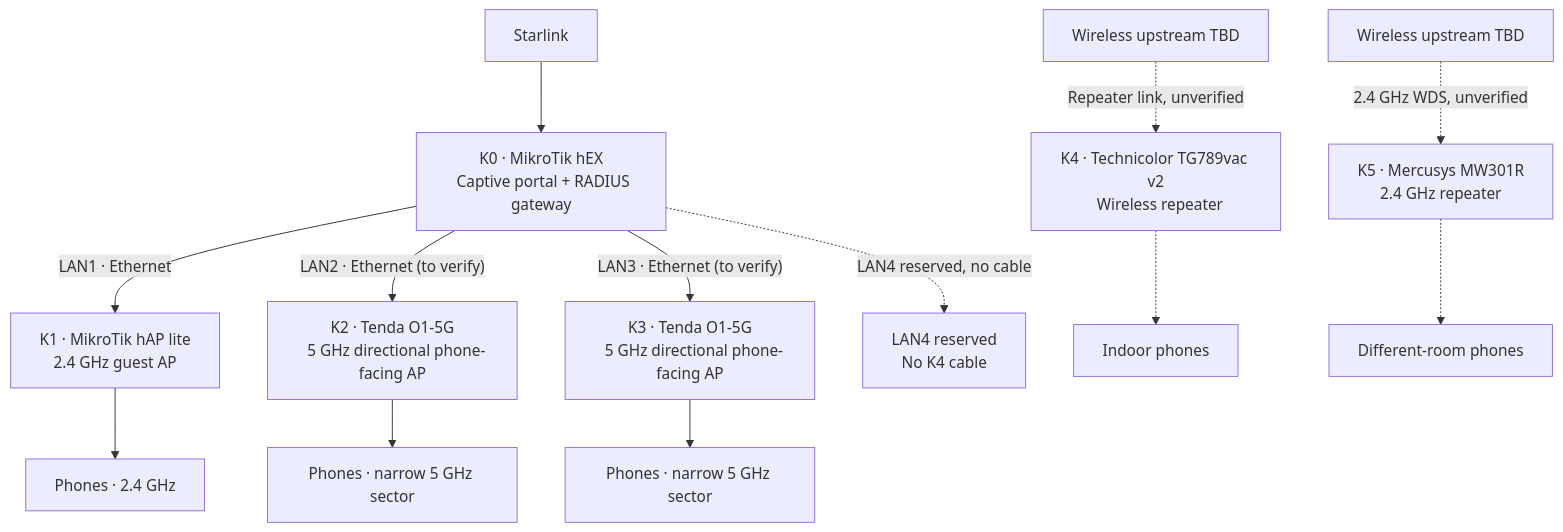
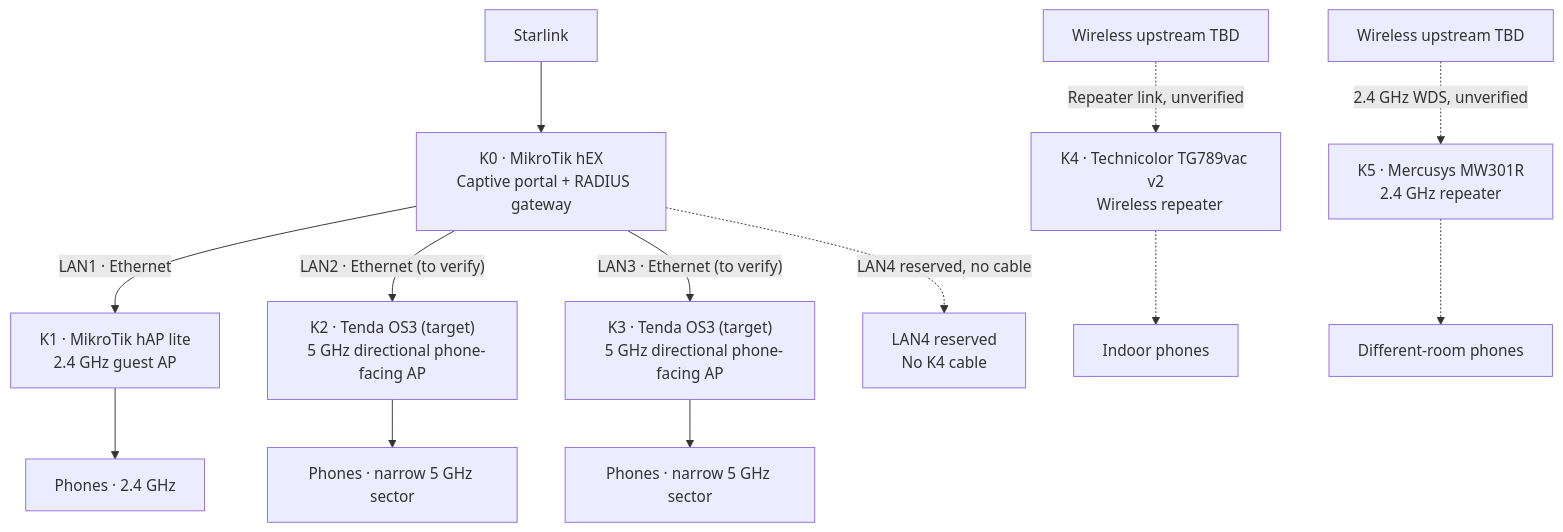
One commit to DruHustle/pasofi changed the first of 2 diagrams in pasofi-backend/pasofi-routeros/commissioning/ARCHITECTURE_2026-11-17.md. Above: the diagram before and after it, drawn with Mermaid. The commit also changed other lines of this file, not shown here.

Commit message:
Set OS3 directional K2/K3 target and O1-5G Goromonzi bridge target while preserving live link

````diff
--- a/pasofi-backend/pasofi-routeros/commissioning/ARCHITECTURE_2026-11-17.md
+++ b/pasofi-backend/pasofi-routeros/commissioning/ARCHITECTURE_2026-11-17.md
@@ -7,22 +7,22 @@
 ```mermaid
 flowchart TB
   KS["Starlink"] --> K0["K0 · MikroTik hEX
   Captive portal + RADIUS gateway"]
   K0 -->|"LAN1 · Ethernet"| K1["K1 · MikroTik hAP lite
   2.4 GHz guest AP"]
-  K0 -->|"LAN2 · Ethernet (to verify)"| K2["K2 · Tenda O1-5G
+  K0 -->|"LAN2 · Ethernet (to verify)"| K2["K2 · Tenda OS3 (target)
   5 GHz directional phone-facing AP"]
-  K0 -->|"LAN3 · Ethernet (to verify)"| K3["K3 · Tenda O1-5G
+  K0 -->|"LAN3 · Ethernet (to verify)"| K3["K3 · Tenda OS3 (target)
   5 GHz directional phone-facing AP"]
   K0 -.->|LAN4 reserved, no cable| KLAN4["LAN4 reserved
   No K4 cable"]
   K1 --> PH1["Phones · 2.4 GHz"]
   K2 --> PH2["Phones · narrow 5 GHz sector"]
   K3 --> PH3["Phones · narrow 5 GHz sector"]
   UK4["Wireless upstream TBD"] -.->|Repeater link, unverified| K4["K4 · Technicolor TG789vac v2
   Wireless repeater"]
   UK5["Wireless upstream TBD"] -.->|2.4 GHz WDS, unverified| K5["K5 · Mercusys MW301R
   2.4 GHz repeater"]
   K4 -.-> PH4["Indoor phones"]
   K5 -.-> PH5["Different-room phones"]
 ```
````
